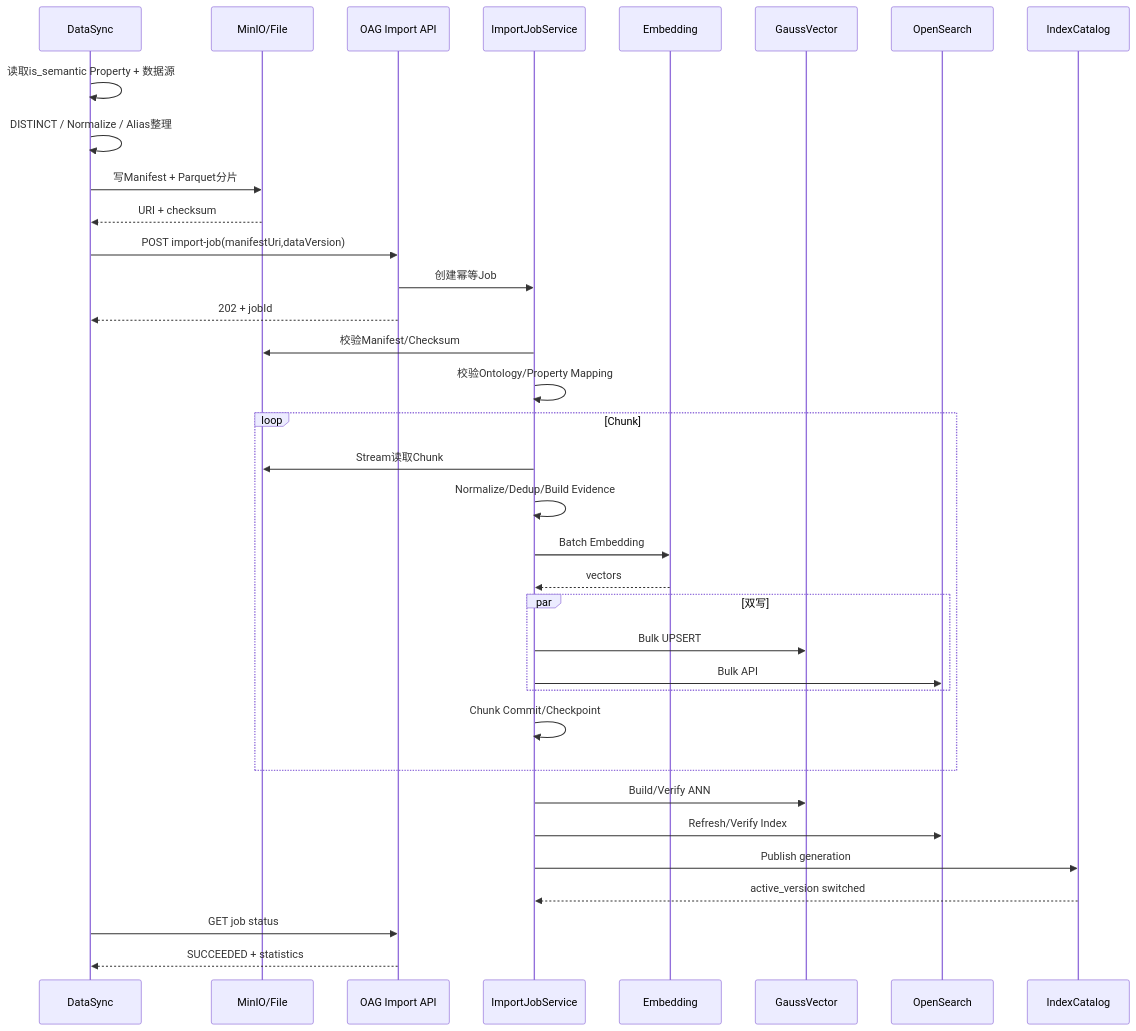
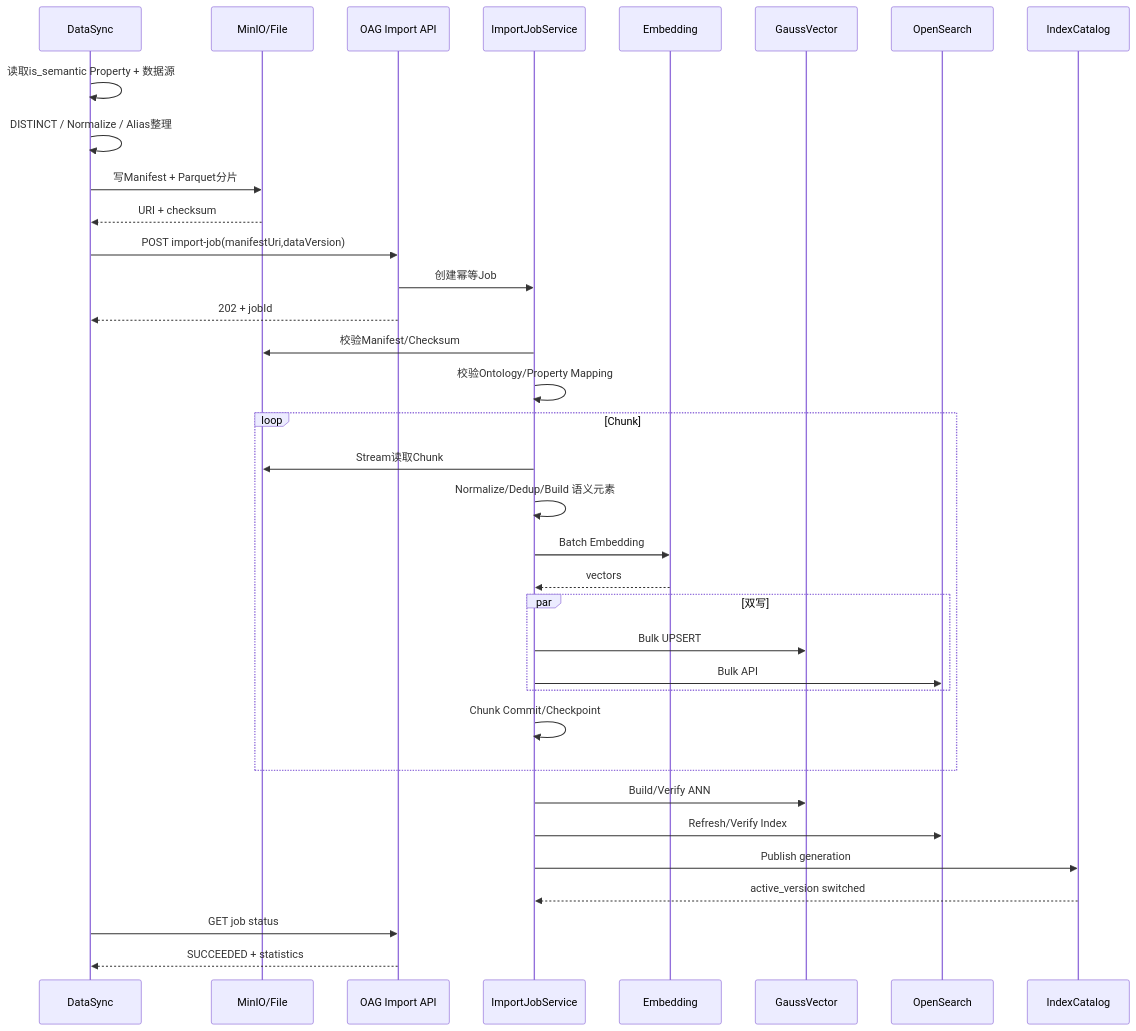
Before and after one commit to cfwl100/onology_dsl: the fifth of 6 diagrams in docs/OAG本体锚点语义检索与向量索引设计方案.md, drawn with Mermaid. The commit also changed other lines of this file, not shown here.

````diff
--- a/docs/OAG本体锚点语义检索与向量索引设计方案.md
+++ b/docs/OAG本体锚点语义检索与向量索引设计方案.md
@@ -5659,43 +2395,43 @@
 ```mermaid
 sequenceDiagram
     participant DS as DataSync
     participant M as MinIO/File
     participant API as OAG Import API
     participant J as ImportJobService
     participant E as Embedding
     participant GV as GaussVector
     participant OS as OpenSearch
     participant C as IndexCatalog
 
     DS->>DS: 读取is_semantic Property + 数据源
     DS->>DS: DISTINCT / Normalize / Alias整理
     DS->>M: 写Manifest + Parquet分片
     M-->>DS: URI + checksum
 
     DS->>API: POST import-job(manifestUri,dataVersion)
     API->>J: 创建幂等Job
     API-->>DS: 202 + jobId
 
     J->>M: 校验Manifest/Checksum
     J->>J: 校验Ontology/Property Mapping
 
     loop Chunk
         J->>M: Stream读取Chunk
-        J->>J: Normalize/Dedup/Build Evidence
+        J->>J: Normalize/Dedup/Build 语义元素
         J->>E: Batch Embedding
         E-->>J: vectors
         par 双写
             J->>GV: Bulk UPSERT
             J->>OS: Bulk API
         end
         J->>J: Chunk Commit/Checkpoint
     end
 
     J->>GV: Build/Verify ANN
     J->>OS: Refresh/Verify Index
     J->>C: Publish generation
     C-->>J: active_version switched
 
     DS->>API: GET job status
     API-->>DS: SUCCEEDED + statistics
 ```
````
